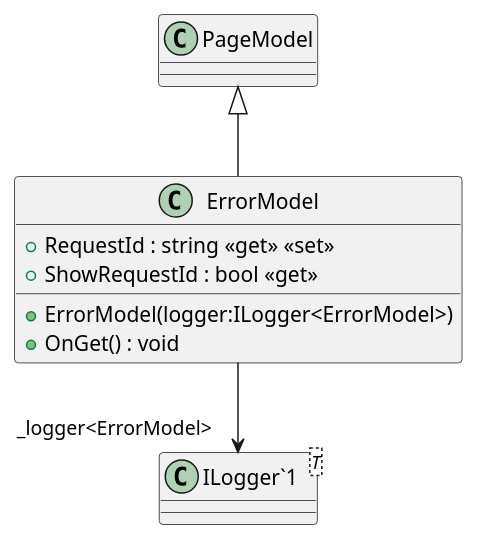
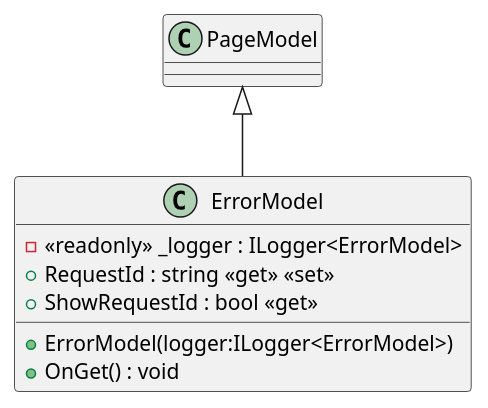
The diagram in YouthActionDotNet/UML/Pages/Error.cshtml.puml (timothxy/ICT2106_P3_Project), drawn with PlantUML before and after one commit. The commit also changed 23 other files, not shown here.

```diff
--- a/YouthActionDotNet/UML/Pages/Error.cshtml.puml
+++ b/YouthActionDotNet/UML/Pages/Error.cshtml.puml
@@ -1,12 +1,10 @@
 @startuml
 class ErrorModel {
+    - <<readonly>> _logger : ILogger<ErrorModel>
     + ErrorModel(logger:ILogger<ErrorModel>)
     + RequestId : string <<get>> <<set>>
     + ShowRequestId : bool <<get>>
     + OnGet() : void
 }
-class "ILogger`1"<T> {
-}
 PageModel <|-- ErrorModel
-ErrorModel --> "_logger<ErrorModel>" "ILogger`1"
 @enduml
```
